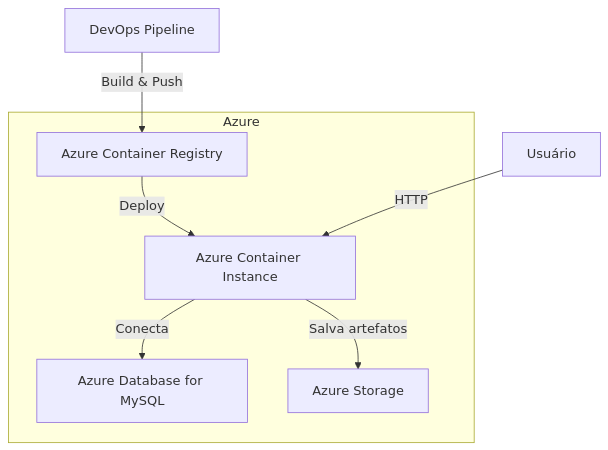
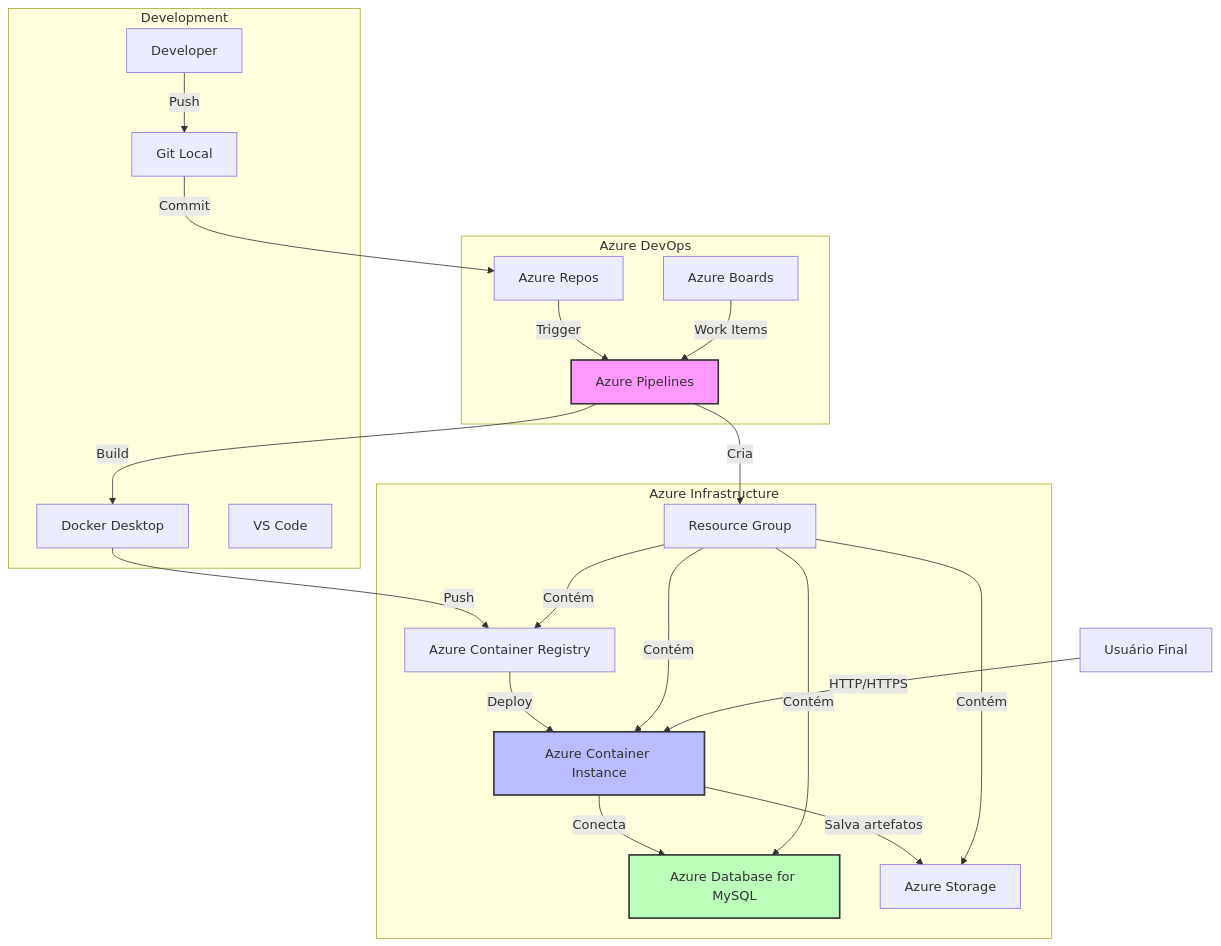
The diagram in README.md (LuccasAlencar/devops-gs2-20225), drawn with Mermaid before and after one commit. The commit also changed other lines of this file and 14 other files, not shown here.

````diff
--- a/README.md
+++ b/README.md
@@ -525,15 +564,43 @@
 ```mermaid
 flowchart TD
-    subgraph Azure
+    subgraph Azure DevOps
+        Boards[Azure Boards]
+        Repos[Azure Repos]
+        Pipelines[Azure Pipelines]
+    end
+    
+    subgraph Azure Infrastructure
         ACR[Azure Container Registry]
         ACI[Azure Container Instance]
         MYSQL[Azure Database for MySQL]
         Storage[Azure Storage]
+        RG[Resource Group]
     end
-    Dev[DevOps Pipeline]
-    Dev -->|Build & Push| ACR
+    
+    subgraph Development
+        Dev[Developer]
+        Git[Git Local]
+        Docker[Docker Desktop]
+        VSCode[VS Code]
+    end
+    
+    Dev -->|Push| Git
+    Git -->|Commit| Repos
+    Repos -->|Trigger| Pipelines
+    Pipelines -->|Build| Docker
+    Docker -->|Push| ACR
     ACR -->|Deploy| ACI
     ACI -->|Conecta| MYSQL
     ACI -->|Salva artefatos| Storage
-    User[Usuário] -->|HTTP| ACI
+    Pipelines -->|Cria| RG
+    RG -->|Contém| ACR
+    RG -->|Contém| ACI
+    RG -->|Contém| MYSQL
+    RG -->|Contém| Storage
+    Boards -->|Work Items| Pipelines
+    User[Usuário Final] -->|HTTP/HTTPS| ACI
+    
+    style Pipelines fill:#f9f,stroke:#333,stroke-width:2px
+    style ACI fill:#bbf,stroke:#333,stroke-width:2px
+    style MYSQL fill:#bfb,stroke:#333,stroke-width:2px
 ```
````
